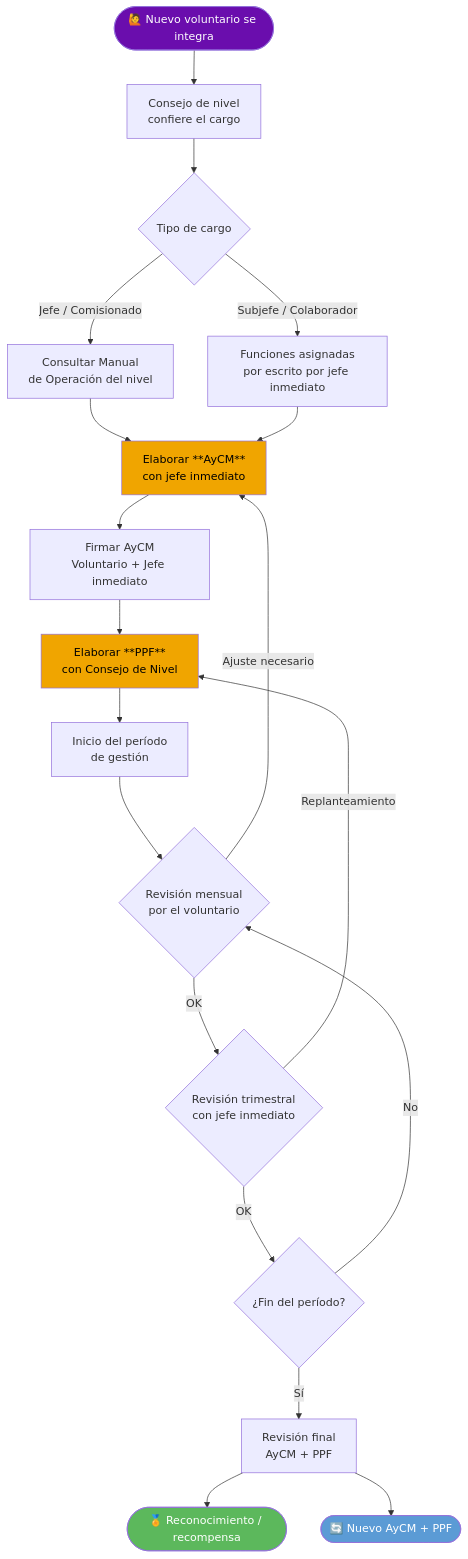
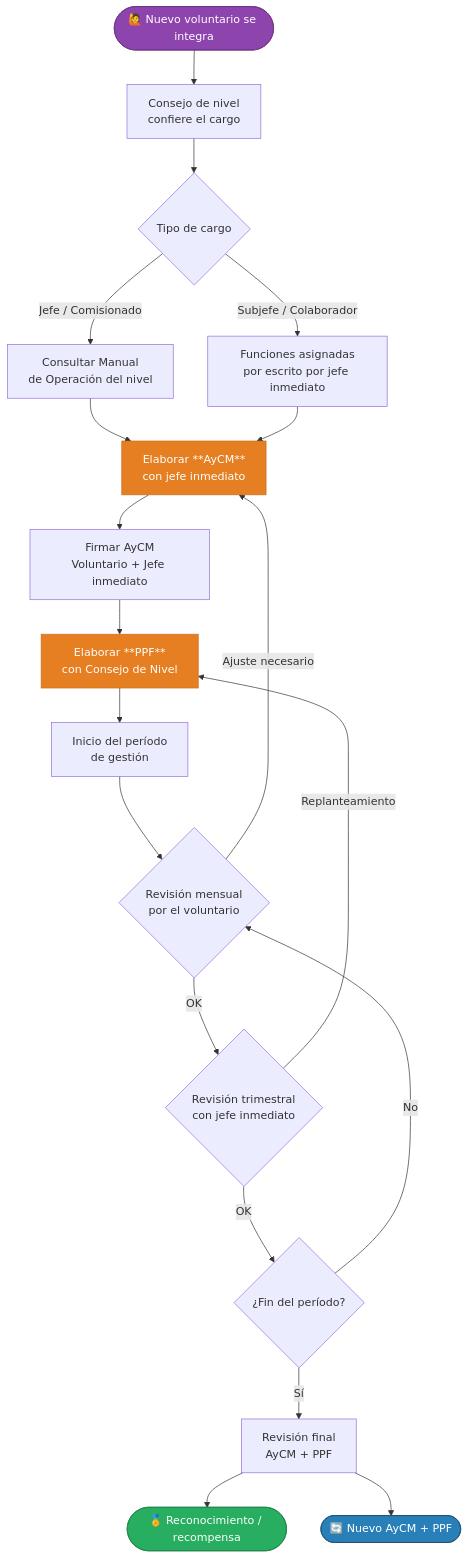
One commit to conecta-clanes/my-website changed the diagram in docs/base-conocimiento/tips-para-todos/ppf-aycm/intro.md. Above: the diagram before and after it, drawn with Mermaid. The commit also changed other lines of this file and 51 other files, not shown here.

````diff
--- a/docs/base-conocimiento/tips-para-todos/ppf-aycm/intro.md
+++ b/docs/base-conocimiento/tips-para-todos/ppf-aycm/intro.md
@@ -26,27 +26,27 @@
 ```mermaid
 flowchart TD
     A([🙋 Nuevo voluntario se integra]) --> B[Consejo de nivel\nconfiere el cargo]
     B --> C{Tipo de cargo}
     C -->|Jefe / Comisionado| D[Consultar Manual\nde Operación del nivel]
     C -->|Subjefe / Colaborador| E[Funciones asignadas\npor escrito por jefe inmediato]
     D --> F
     E --> F[Elaborar **AyCM**\ncon jefe inmediato]
     F --> G[Firmar AyCM\nVoluntario + Jefe inmediato]
     G --> H[Elaborar **PPF**\ncon Consejo de Nivel]
     H --> I[Inicio del período\nde gestión]
     I --> J{Revisión mensual\npor el voluntario}
     J -->|OK| K{Revisión trimestral\ncon jefe inmediato}
     J -->|Ajuste necesario| F
     K -->|OK| L{¿Fin del período?}
     K -->|Replanteamiento| H
     L -->|No| J
     L -->|Sí| M[Revisión final\nAyCM + PPF]
     M --> N([🏅 Reconocimiento / recompensa])
     M --> O([🔄 Nuevo AyCM + PPF])
 
-    style A fill:#6a0dad,color:#fff
-    style N fill:#5cb85c,color:#fff
-    style O fill:#5b9bd5,color:#fff
-    style F fill:#f0a500,color:#000
-    style H fill:#f0a500,color:#000
+    style A fill:#8e44ad,stroke:#6c3483,color:#fff
+    style N fill:#27ae60,stroke:#1e8449,color:#fff
+    style O fill:#2980b9,stroke:#1a5276,color:#fff
+    style F fill:#e67e22,stroke:#ca6f1e,color:#fff
+    style H fill:#e67e22,stroke:#ca6f1e,color:#fff
 ```
````
